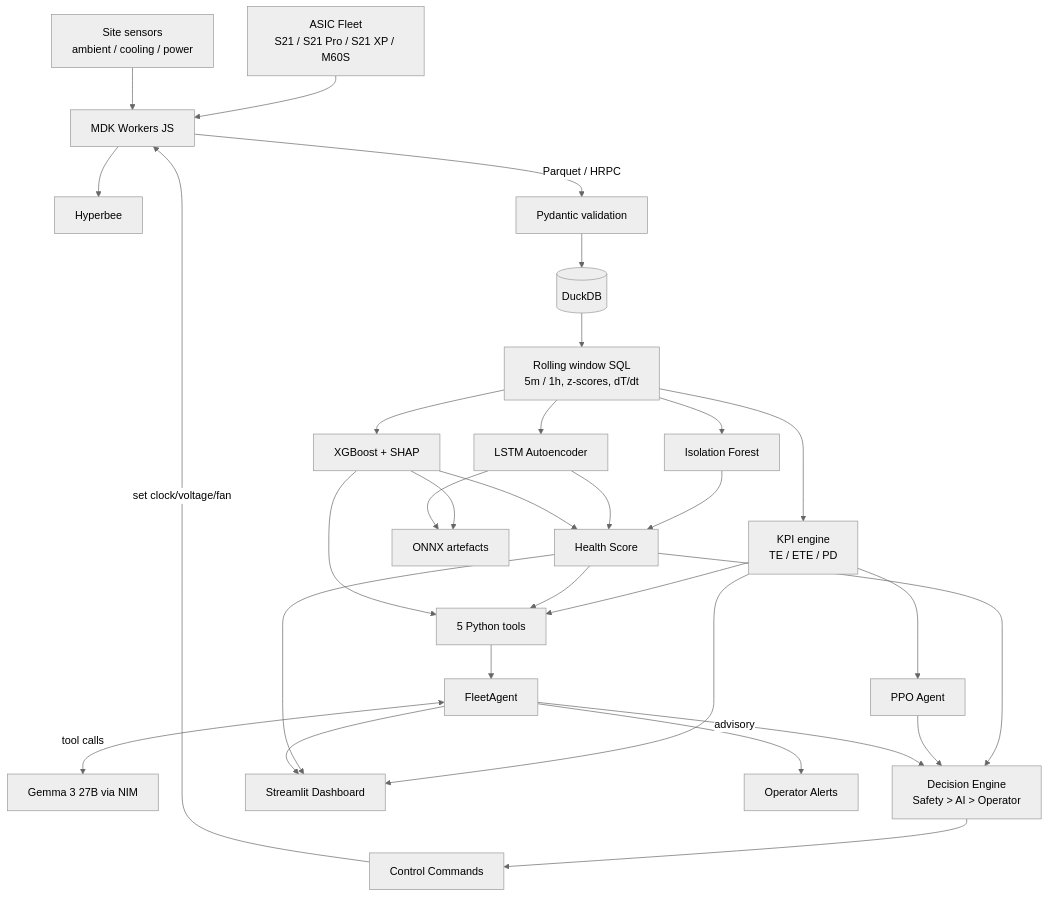
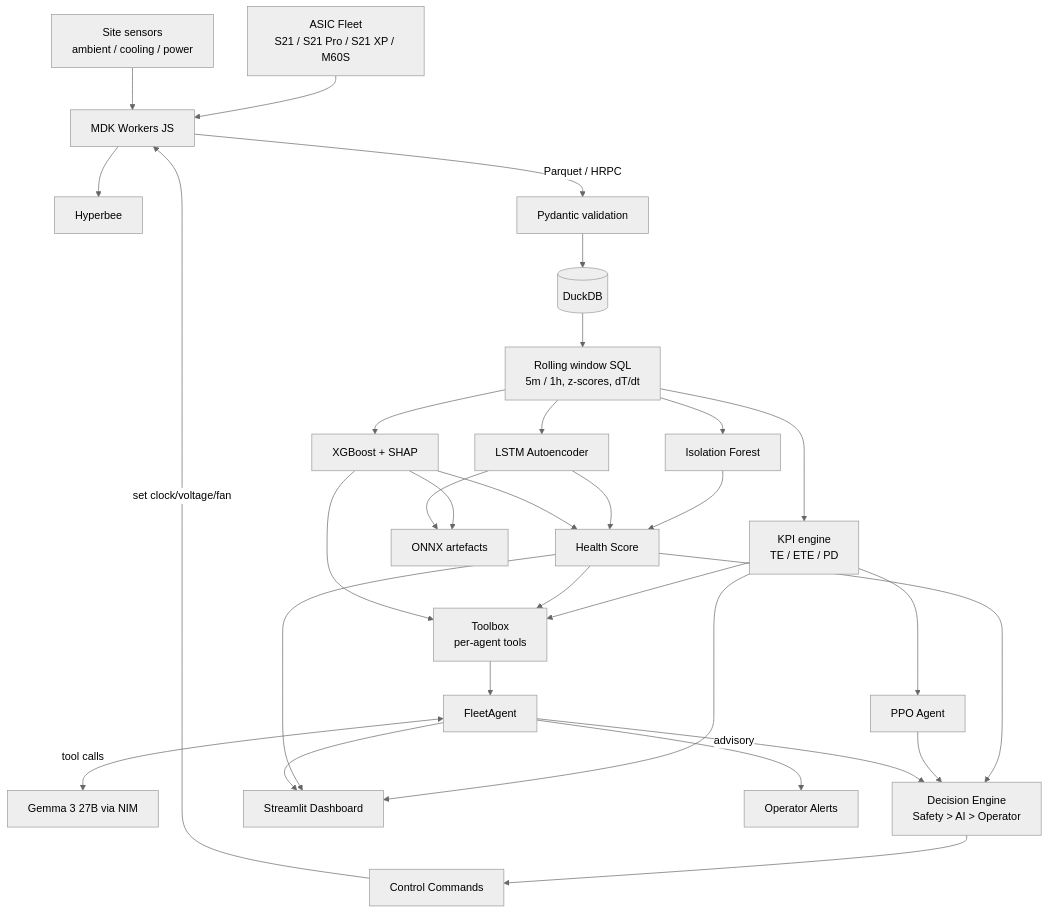
The second of 4 diagrams in README.md (wkatir/planb-tether-mdk-mining-ai), drawn with Mermaid (neutral theme) before and after one commit. The commit also changed other lines of this file and 4 other files, not shown here.

````diff
--- a/README.md
+++ b/README.md
@@ -68,58 +68,58 @@
 ```mermaid
 graph TD
     ASIC[ASIC Fleet<br/>S21 / S21 Pro / S21 XP / M60S]
     SENS[Site sensors<br/>ambient / cooling / power]
     WORK[MDK Workers JS]
     HB[Hyperbee]
 
     ING[Pydantic validation]
     DB[(DuckDB)]
     WIN[Rolling window SQL<br/>5m / 1h, z-scores, dT/dt]
 
     KPI[KPI engine<br/>TE / ETE / PD]
     IF[Isolation Forest]
     AD[LSTM Autoencoder]
     FC[XGBoost + SHAP]
     HS[Health Score]
     RL[PPO Agent]
 
-    TOOLS[5 Python tools]
+    TOOLS[Toolbox<br/>per-agent tools]
     AGENT[FleetAgent]
     GEM[Gemma 3 27B via NIM]
 
     DE[Decision Engine<br/>Safety > AI > Operator]
     CMD[Control Commands]
     DASH[Streamlit Dashboard]
     ONNX[ONNX artefacts]
     MAIL[Operator Alerts]
 
     ASIC --> WORK
     SENS --> WORK
     WORK --> HB
     WORK -->|Parquet / HRPC| ING
     ING --> DB --> WIN
     WIN --> KPI
     WIN --> IF
     WIN --> AD
     WIN --> FC
     IF --> HS
     AD --> HS
     FC --> HS
     KPI --> RL
     KPI --> TOOLS
     HS --> TOOLS
     FC --> TOOLS
     TOOLS --> AGENT
     AGENT <-->|tool calls| GEM
     AGENT --> MAIL
     HS --> DE
     RL --> DE
     AGENT -->|advisory| DE
     DE --> CMD
     CMD -->|set clock/voltage/fan| WORK
     KPI --> DASH
     HS --> DASH
     AGENT --> DASH
     FC --> ONNX
     AD --> ONNX
 ```
````
